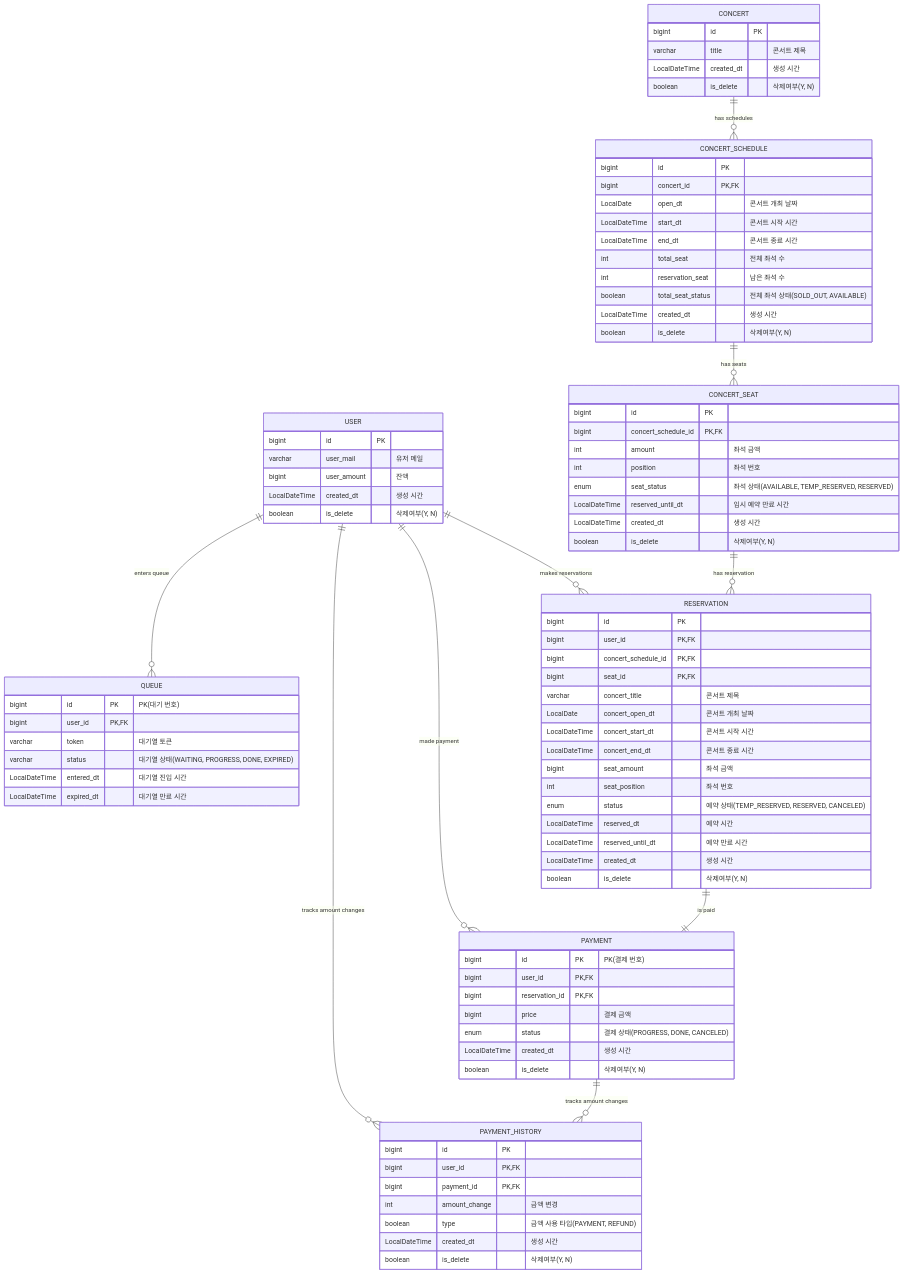
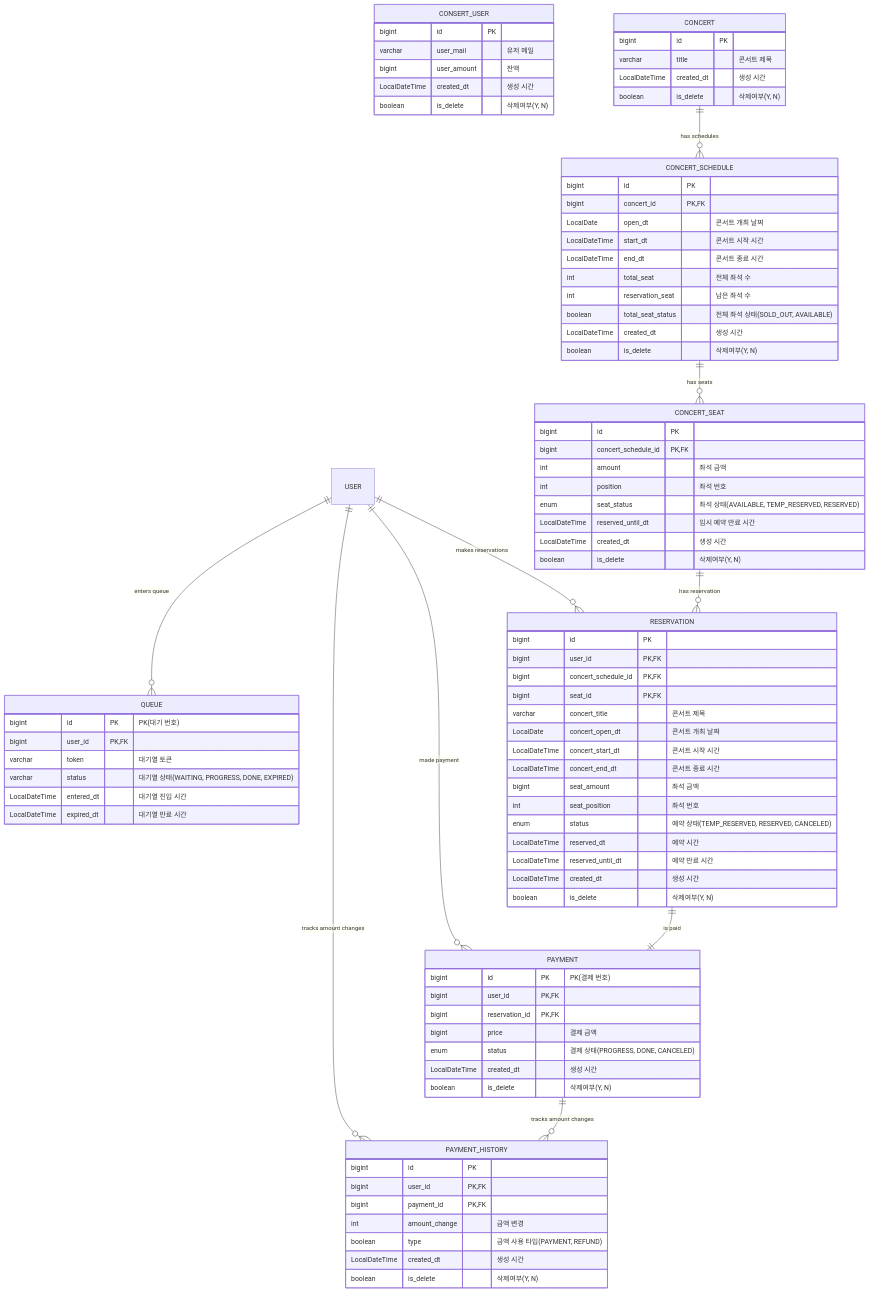
The diagram in docs/erd.md (Cheondongmin/concert-java), drawn with Mermaid before and after one commit. The commit also changed 26 other files, not shown here.

````diff
--- a/docs/erd.md
+++ b/docs/erd.md
@@ -4,6 +4,6 @@
 ```mermaid
 erDiagram
-    USER {
+    CONSERT_USER {
         bigint id PK
         varchar user_mail "유저 메일"
         bigint user_amount "잔액"
````
